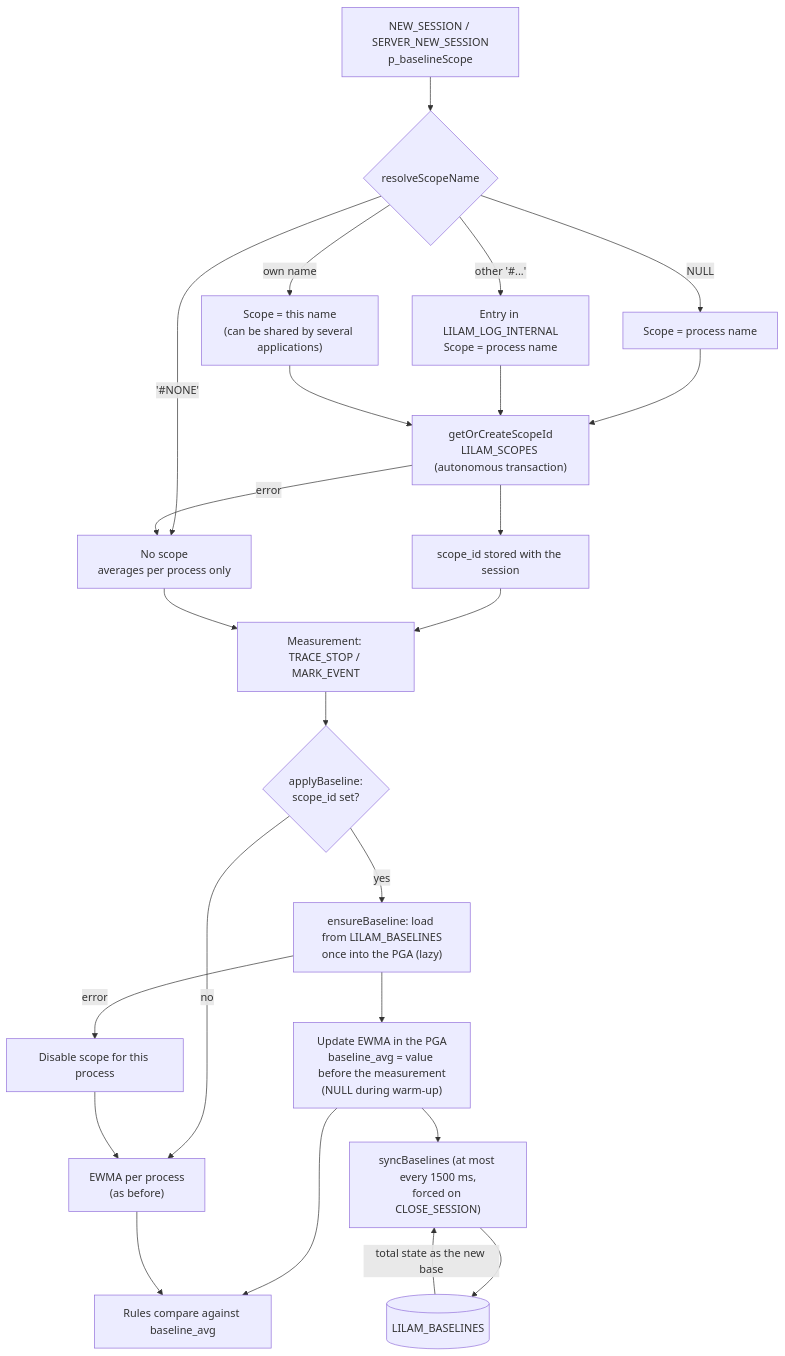
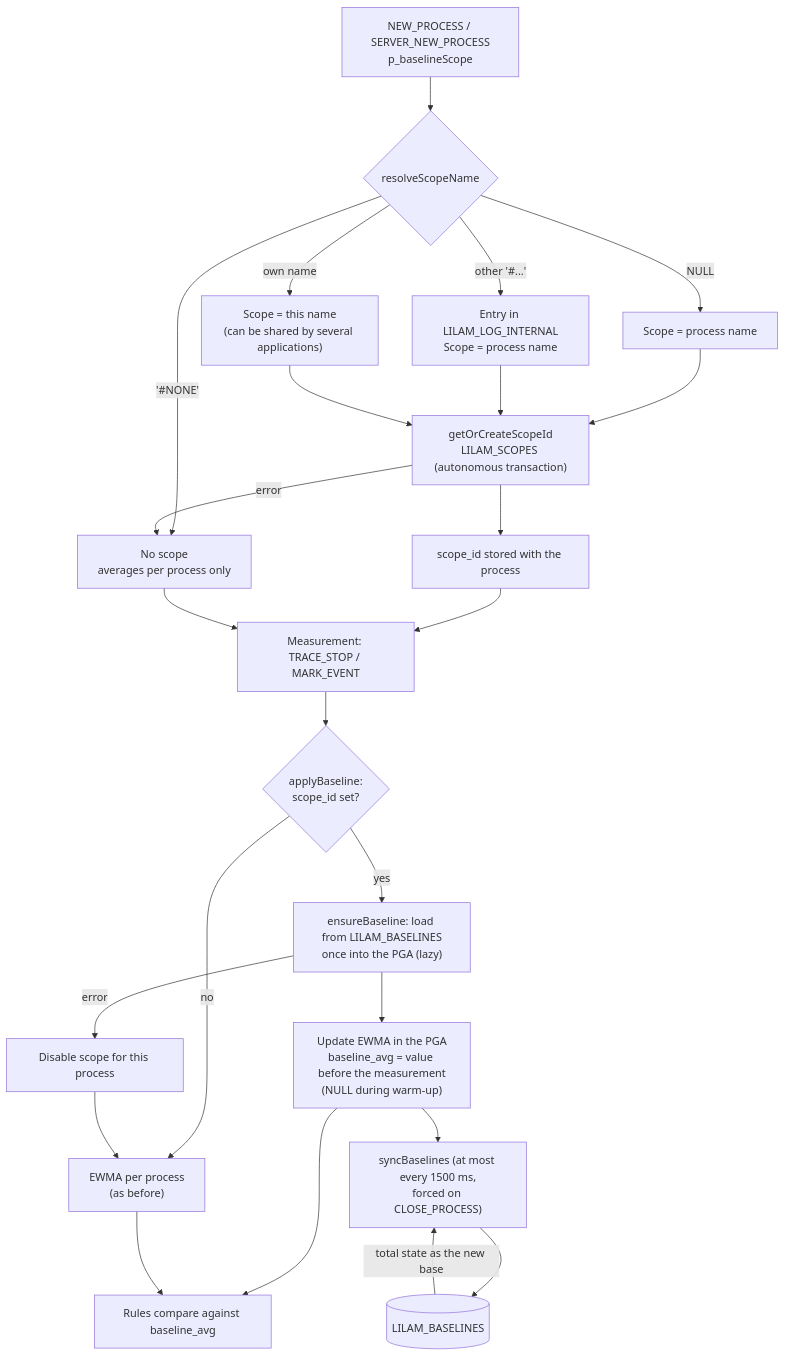
Before and after one commit to dirkgermany/LILAM: the fourth of 4 diagrams in docs/architecture and concepts.md, drawn with Mermaid. The commit also changed other lines of this file and 9 other files, not shown here.

````diff
--- a/docs/architecture and concepts.md
+++ b/docs/architecture and concepts.md
@@ -459,26 +485,26 @@
 ```mermaid
 flowchart TD
-    NS["NEW_SESSION / SERVER_NEW_SESSION<br/>p_baselineScope"] --> RS{"resolveScopeName"}
+    NS["NEW_PROCESS / SERVER_NEW_PROCESS<br/>p_baselineScope"] --> RS{"resolveScopeName"}
     RS -- "NULL" --> PN["Scope = process name"]
     RS -- "'#NONE'" --> NO["No scope<br/>averages per process only"]
     RS -- "other '#...'" --> WARN["Entry in LILAM_LOG_INTERNAL<br/>Scope = process name"]
     RS -- "own name" --> OWN["Scope = this name<br/>(can be shared by several applications)"]
     PN --> GS
     WARN --> GS
     OWN --> GS["getOrCreateScopeId<br/>LILAM_SCOPES (autonomous transaction)"]
     GS -- "error" --> NO
-    GS --> SID["scope_id stored with the session"]
+    GS --> SID["scope_id stored with the process"]
 
     SID --> M["Measurement: TRACE_STOP / MARK_EVENT"]
     NO --> M
     M --> AB{"applyBaseline:<br/>scope_id set?"}
     AB -- no --> LOC["EWMA per process<br/>(as before)"]
     AB -- yes --> EB["ensureBaseline: load from LILAM_BASELINES<br/>once into the PGA (lazy)"]
     EB --> UPD["Update EWMA in the PGA<br/>baseline_avg = value before the measurement<br/>(NULL during warm-up)"]
     EB -- "error" --> OFF["Disable scope for this process"] --> LOC
     UPD --> RULE["Rules compare against baseline_avg"]
     LOC --> RULE
-    UPD --> SYNC["syncBaselines (at most every 1500 ms,<br/>forced on CLOSE_SESSION)"]
+    UPD --> SYNC["syncBaselines (at most every 1500 ms,<br/>forced on CLOSE_PROCESS)"]
     SYNC --> DB[("LILAM_BASELINES")]
     DB -- "total state as the new base" --> SYNC
 ```
````
